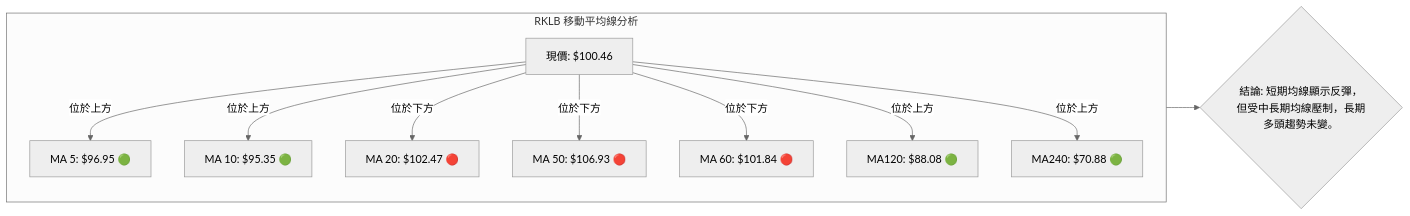
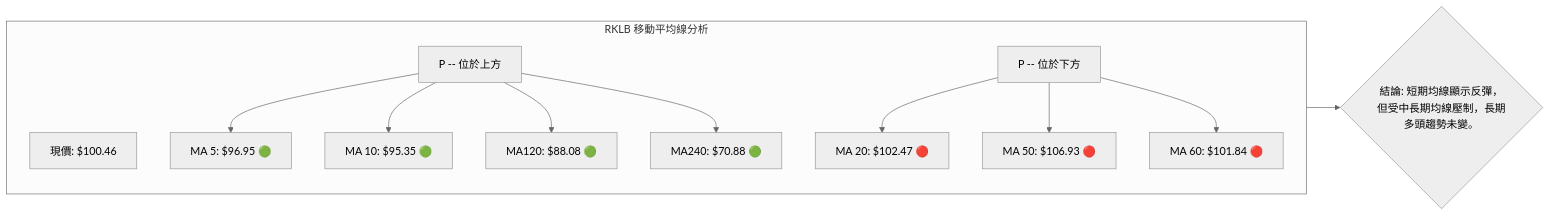
One commit to yennanliu/finance_data changed the seventh of 13 diagrams in ai_gen_report/stock/rklb/technical_analysis_2026-07-04_gemini.md. Above: the diagram before and after it, drawn with Mermaid (neutral theme). The commit also changed other lines of this file and 2258 other files, not shown here.

First line of the commit message:
chore: backfill Mermaid syntax repair across existing reports

````diff
--- a/ai_gen_report/stock/rklb/technical_analysis_2026-07-04_gemini.md
+++ b/ai_gen_report/stock/rklb/technical_analysis_2026-07-04_gemini.md
@@ -459,23 +459,23 @@
 ```mermaid
 graph LR
     subgraph MA_Analysis ["RKLB 移動平均線分析"]
         P["現價: $100.46"]
         MA5["MA  5: $96.95 🟢"]
         MA10["MA 10: $95.35 🟢"]
         MA20["MA 20: $102.47 🔴"]
         MA50["MA 50: $106.93 🔴"]
         MA60["MA 60: $101.84 🔴"]
         MA120["MA120: $88.08 🟢"]
         MA240["MA240: $70.88 🟢"]
 
-        P -- 位於上方 --> MA5
-        P -- 位於上方 --> MA10
-        P -- 位於下方 --> MA20
-        P -- 位於下方 --> MA50
-        P -- 位於下方 --> MA60
-        P -- 位於上方 --> MA120
-        P -- 位於上方 --> MA240
+        nb1["P -- 位於上方"] --> MA5
+        nb1["P -- 位於上方"] --> MA10
+        nb2["P -- 位於下方"] --> MA20
+        nb2["P -- 位於下方"] --> MA50
+        nb2["P -- 位於下方"] --> MA60
+        nb1["P -- 位於上方"] --> MA120
+        nb1["P -- 位於上方"] --> MA240
     end
 
-    MA_Analysis --> Conclusion{結論: 短期均線顯示反彈，但受中長期均線壓制，長期多頭趨勢未變。}
+    MA_Analysis --> Conclusion{"結論: 短期均線顯示反彈，但受中長期均線壓制，長期多頭趨勢未變。"}
 ```
````
